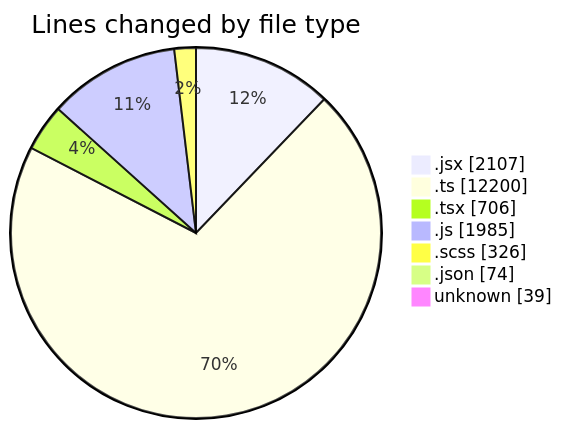
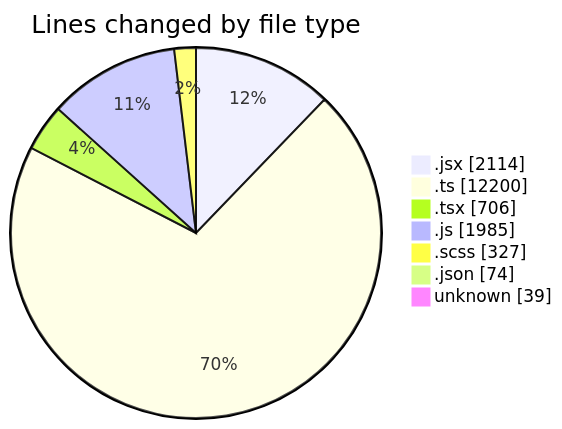
One commit to momahboobian/code-tracking changed the first of 2 diagrams in 2025-06-05/cda/README.md. Above: the diagram before and after it, drawn with Mermaid. The commit also changed other lines of this file and 1 other file, not shown here.

````diff
--- a/2025-06-05/cda/README.md
+++ b/2025-06-05/cda/README.md
@@ -50,11 +50,11 @@
 ```mermaid
 pie showData
 title Lines changed by file type
-".jsx" : 2107
+".jsx" : 2114
 ".ts" : 12200
 ".tsx" : 706
 ".js" : 1985
-".scss" : 326
+".scss" : 327
 ".json" : 74
 "unknown" : 39
 ```
````
